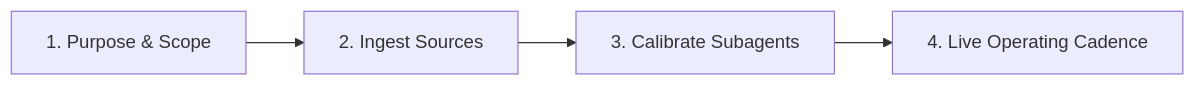
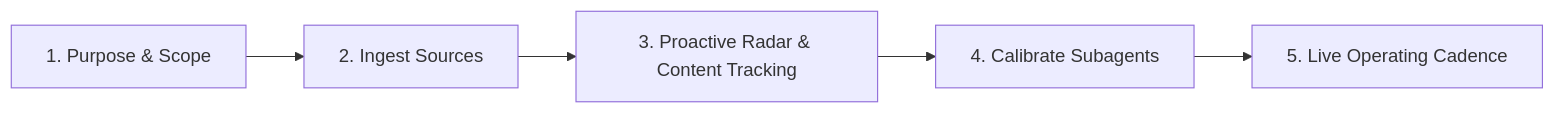
The first of 2 diagrams in ai/skills/q/chief-of-staff-builder/SKILL.md (tcco/config), drawn with Mermaid before and after one commit. The commit also changed other lines of this file and 8 other files, not shown here.

Commit message:
feat(ai): update chief-of-staff-builder with proactive radar, memory templates, and scheduling

````diff
--- a/ai/skills/q/chief-of-staff-builder/SKILL.md
+++ b/ai/skills/q/chief-of-staff-builder/SKILL.md
@@ -21,6 +22,7 @@
 ```mermaid
 graph LR
     P1[1. Purpose & Scope] --> P2[2. Ingest Sources]
-    P2 --> P3[3. Calibrate Subagents]
-    P3 --> P4[4. Live Operating Cadence]
+    P2 --> P3[3. Proactive Radar & Content Tracking]
+    P3 --> P4[4. Calibrate Subagents]
+    P4 --> P5[5. Live Operating Cadence]
 ```
````
